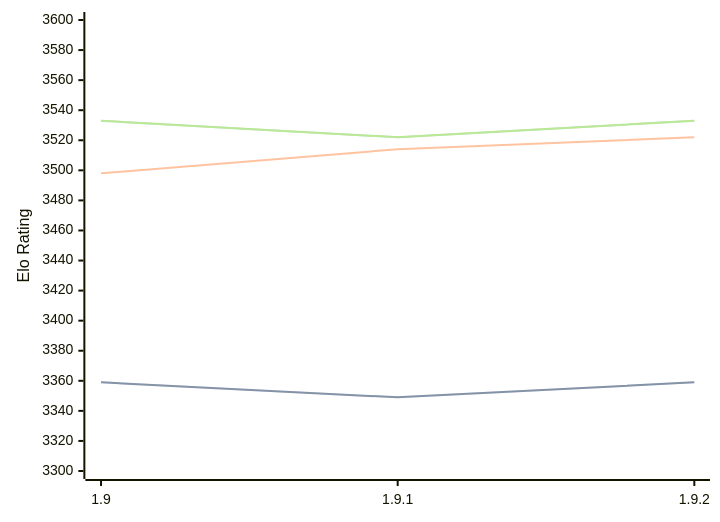
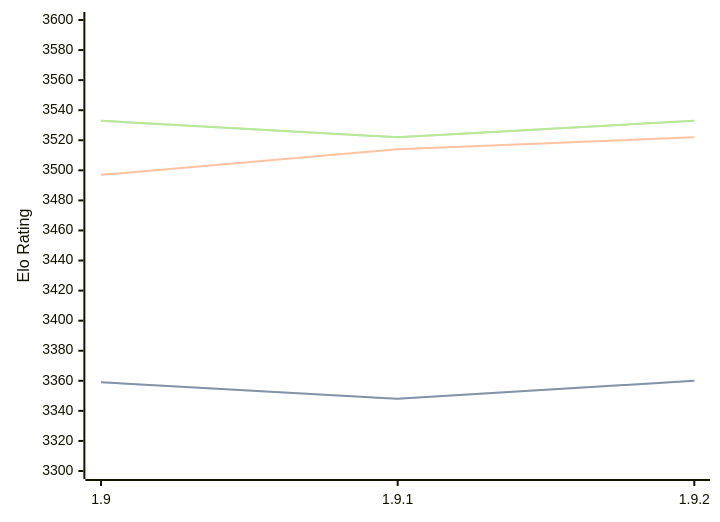
One commit to computer-chess-index/cci changed the diagram in engines/Pawnocchio.md. Above: the diagram before and after it, drawn with Mermaid. The commit also changed other lines of this file, not shown here.

````diff
--- a/engines/Pawnocchio.md
+++ b/engines/Pawnocchio.md
@@ -48,11 +48,11 @@
 ```mermaid
 %%{init: {"theme":"base","themeVariables":{"seriesColors:['#a3a3a3','#222221','#faa371']}}}%%
 xychart-beta
   x-axis ["1.9", "1.9.1", "1.9.2"]
   y-axis "Elo Rating" 3300 --> 3600
-  line "STC (8.0+0.08s)" [3359, 3349, 3359]
-  line "STC (8.0+0.08s)" [3359, 3349, 3359]
-  line "LTC (60.0+0.60s)" [3498, 3514, 3522]
+  line "STC (8.0+0.08s)" [3359, 3348, 3360]
+  line "STC (8.0+0.08s)" [3359, 3348, 3360]
+  line "LTC (60.0+0.60s)" [3497, 3514, 3522]
   line "VLTC (2m24s+1.12s)" [3533, 3522, 3533]
   line "VLTC (2m24s+1.12s)" [3533, 3522, 3533]
 ```
````
